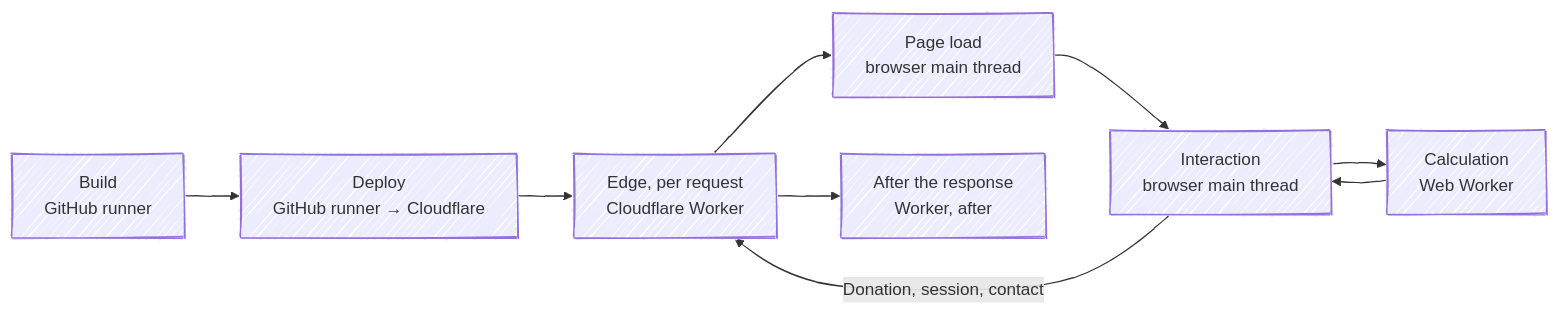
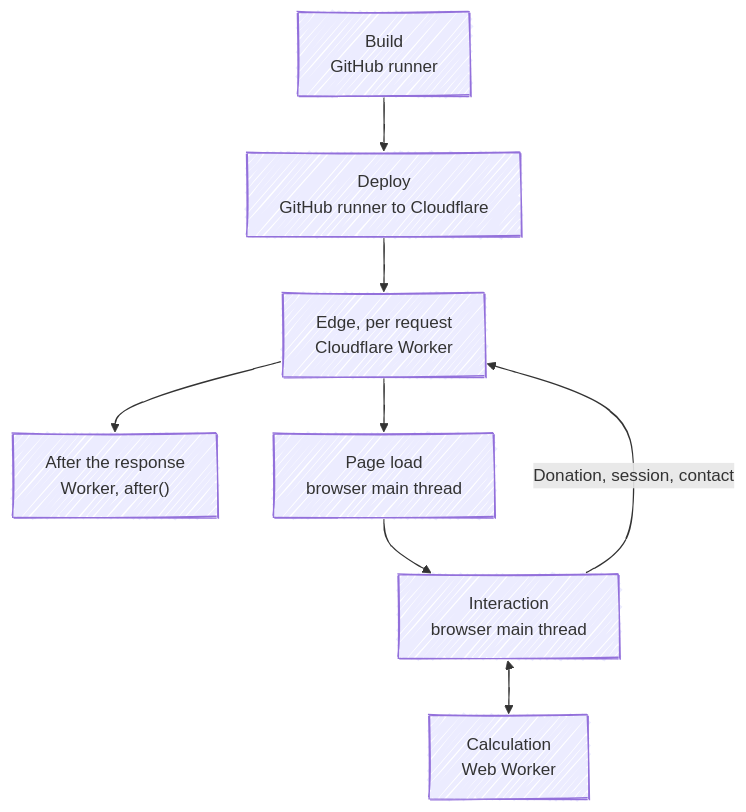
The diagram in apps/docs/src/content/docs/architecture/when-and-where.mdx (fbuireu/forever-pto), drawn with Mermaid before and after one commit. The commit also changed other lines of this file and 7 other files, not shown here.

First line of the commit message:
docs(docs): correct the architecture pages and split the routing diagram

````diff
--- a/apps/docs/src/content/docs/architecture/when-and-where.mdx
+++ b/apps/docs/src/content/docs/architecture/when-and-where.mdx
@@ -10,16 +10,15 @@
 ```mermaid
 ---
 config:
   look: handDrawn
   layout: dagre
 ---
-flowchart LR
-  B[Build<br/>GitHub runner] --> D[Deploy<br/>GitHub runner → Cloudflare]
-  D --> E[Edge, per request<br/>Cloudflare Worker]
-  E --> L[Page load<br/>browser main thread]
-  L --> I[Interaction<br/>browser main thread]
-  I --> W[Calculation<br/>Web Worker]
-  W --> I
-  E --> A[After the response<br/>Worker, after]
-  I -->|Donation, session, contact| E
+flowchart TB
+  B["Build<br/>GitHub runner"] --> D["Deploy<br/>GitHub runner to Cloudflare"]
+  D --> E["Edge, per request<br/>Cloudflare Worker"]
+  E --> A["After the response<br/>Worker, after()"]
+  E --> L["Page load<br/>browser main thread"]
+  L --> I["Interaction<br/>browser main thread"]
+  I <--> W["Calculation<br/>Web Worker"]
+  I -->|"Donation, session, contact"| E
 ```
````
